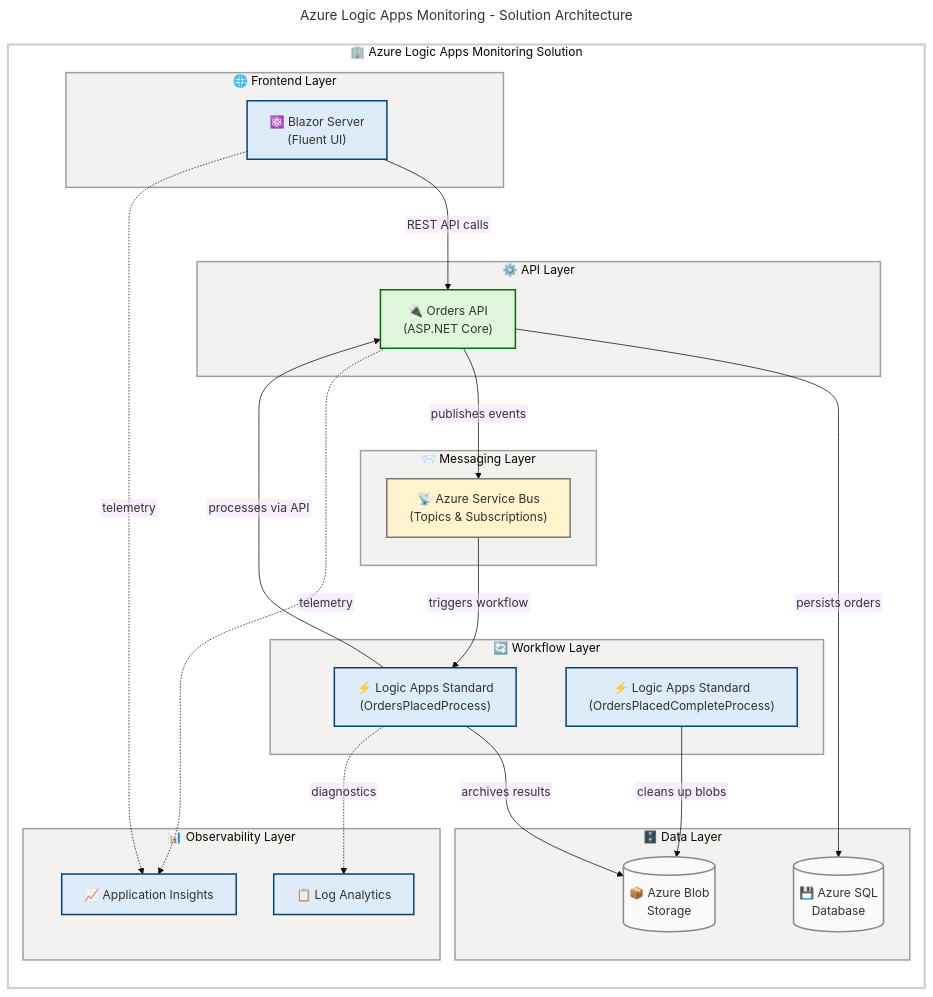
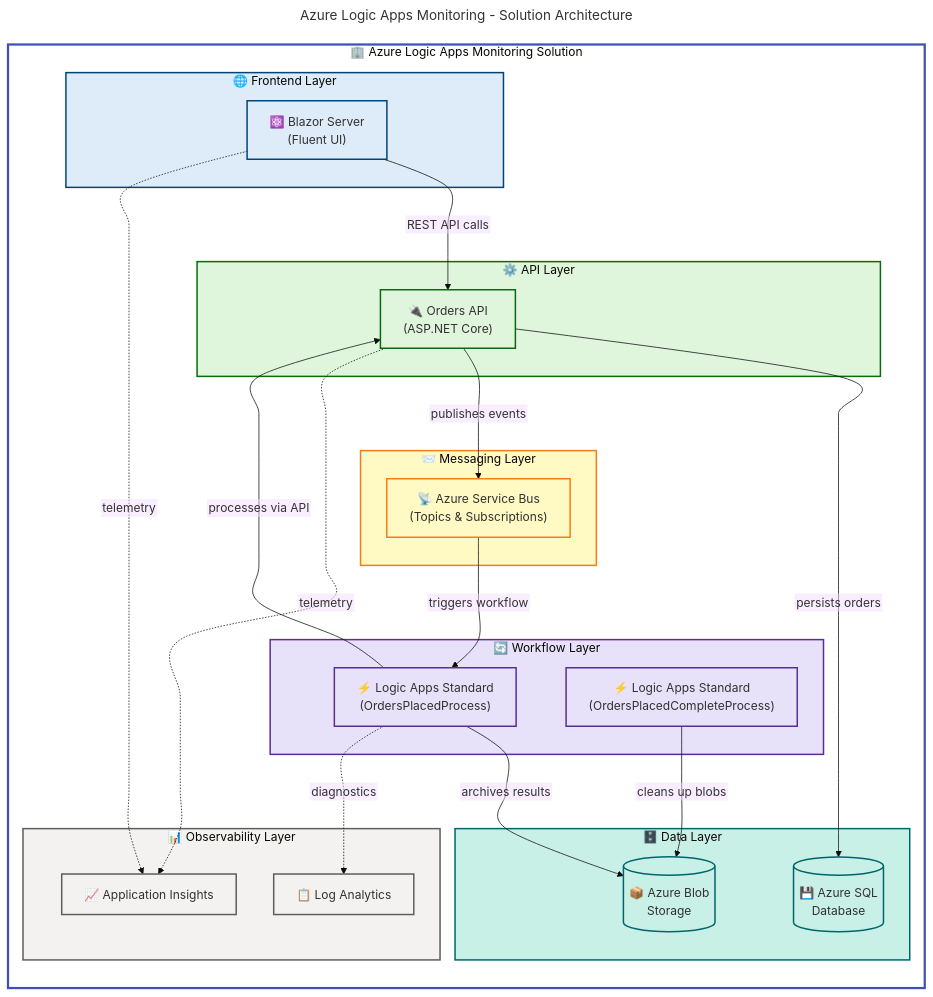
One commit to Evilazaro/Azure-LogicApps-Monitoring changed the diagram in README.md. Above: the diagram before and after it, drawn with Mermaid.

Commit message:
docs: enhance architecture diagram with improved semantic color coding and accessibility features

````diff
--- a/README.md
+++ b/README.md
@@ -47,44 +47,70 @@
     fontSize: '16px'
   flowchart:
     htmlLabels: false
+    curve: cardinal
 ---
 flowchart TB
     accTitle: Azure Logic Apps Monitoring Solution Architecture
-    accDescr: Event-driven architecture showing Blazor frontend, Orders API, Service Bus messaging, Logic Apps workflows, and Azure data services
+    accDescr: Event-driven architecture showing Blazor frontend, Orders API, Service Bus messaging, Logic Apps workflows, and Azure data services with full observability
 
-    classDef azure fill:#DEECF9,stroke:#004578,stroke-width:2px,color:#323130
-    classDef success fill:#DFF6DD,stroke:#0B6A0B,stroke-width:2px,color:#323130
-    classDef neutral fill:#FAFAFA,stroke:#8A8886,stroke-width:2px,color:#323130
-    classDef warning fill:#FFF4CE,stroke:#797673,stroke-width:2px,color:#323130
+    %% ═══════════════════════════════════════════════════════════════════════════
+    %% AZURE / FLUENT ARCHITECTURE PATTERN v1.1
+    %% (Semantic + Structural + Font + Accessibility Governance)
+    %% ═══════════════════════════════════════════════════════════════════════════
+    %% PHASE 1 - STRUCTURAL: TB direction explicit, 2-level nesting, 7 subgraphs, 9 nodes
+    %% PHASE 2 - SEMANTIC: 5 semantic colors + 1 neutral (within 5+1 limit)
+    %%   azureBlue: Frontend (web) | azureGreen: API (processing)
+    %%   azureYellow: Messaging | azurePurple: Workflows/automation
+    %%   azureTeal: Data storage | neutralGrey: Observability/monitoring
+    %% PHASE 3 - FONT: Dark text #323130 on all light backgrounds (WCAG AA 4.5:1)
+    %% PHASE 4 - ACCESSIBILITY: accTitle/accDescr present, icons on all 9 content nodes
+    %% PHASE 5 - STANDARD: v1.1 format, 14 classDefs (complete palette), 7 style directives
+    %% ═══════════════════════════════════════════════════════════════════════════
+
+    %% Required classDef palette (ALL 14 - MANDATORY)
+    classDef level1Group fill:#FFFFFF,stroke:#3F51B5,stroke-width:3px,color:#323130
+    classDef level2Group fill:#C5CAE9,stroke:#3F51B5,stroke-width:2px,color:#323130
+    classDef level3Group fill:#9FA8DA,stroke:#3F51B5,stroke-width:2px,color:#323130
+    classDef level4Group fill:#7986CB,stroke:#3F51B5,stroke-width:1px,color:#323130
+    classDef mainGroup fill:#FFFFFF,stroke:#3F51B5,stroke-width:3px,color:#323130
+    classDef subGroup fill:#C5CAE9,stroke:#3F51B5,stroke-width:2px,color:#323130
+    classDef azureBlue fill:#DEECF9,stroke:#004578,stroke-width:2px,color:#323130
+    classDef azureGreen fill:#DFF6DD,stroke:#0B6A0B,stroke-width:2px,color:#323130
+    classDef azureRed fill:#FFCDD2,stroke:#D32F2F,stroke-width:2px,color:#323130
+    classDef azureYellow fill:#FFF9C4,stroke:#F57F17,stroke-width:2px,color:#323130
+    classDef azureOrange fill:#FDE7E9,stroke:#A4262C,stroke-width:2px,color:#323130
+    classDef azurePurple fill:#E7E2FA,stroke:#5B2F91,stroke-width:2px,color:#323130
+    classDef azureTeal fill:#C8F0E7,stroke:#00666B,stroke-width:2px,color:#323130
+    classDef neutralGrey fill:#F3F2F1,stroke:#605E5C,stroke-width:2px,color:#323130
 
     subgraph system["🏢 Azure Logic Apps Monitoring Solution"]
         direction TB
 
         subgraph frontend["🌐 Frontend Layer"]
-            webapp["⚛️ Blazor Server<br/>(Fluent UI)"]:::azure
+            webapp["⚛️ Blazor Server<br/>(Fluent UI)"]:::azureBlue
         end
 
         subgraph api["⚙️ API Layer"]
-            ordersapi["🔌 Orders API<br/>(ASP.NET Core)"]:::success
+            ordersapi["🔌 Orders API<br/>(ASP.NET Core)"]:::azureGreen
         end
 
         subgraph messaging["📨 Messaging Layer"]
-            servicebus["📡 Azure Service Bus<br/>(Topics & Subscriptions)"]:::warning
+            servicebus["📡 Azure Service Bus<br/>(Topics & Subscriptions)"]:::azureYellow
         end
 
         subgraph workflows["🔄 Workflow Layer"]
-            logicapp["⚡ Logic Apps Standard<br/>(OrdersPlacedProcess)"]:::azure
-            logicapp2["⚡ Logic Apps Standard<br/>(OrdersPlacedCompleteProcess)"]:::azure
+            logicapp["⚡ Logic Apps Standard<br/>(OrdersPlacedProcess)"]:::azurePurple
+            logicapp2["⚡ Logic Apps Standard<br/>(OrdersPlacedCompleteProcess)"]:::azurePurple
         end
 
         subgraph data["🗄️ Data Layer"]
-            sqldb[("💾 Azure SQL<br/>Database")]:::neutral
-            blob[("📦 Azure Blob<br/>Storage")]:::neutral
+            sqldb[("💾 Azure SQL<br/>Database")]:::azureTeal
+            blob[("📦 Azure Blob<br/>Storage")]:::azureTeal
         end
 
         subgraph observability["📊 Observability Layer"]
-            appinsights["📈 Application Insights"]:::azure
-            loganalytics["📋 Log Analytics"]:::azure
+            appinsights["📈 Application Insights"]:::neutralGrey
+            loganalytics["📋 Log Analytics"]:::neutralGrey
         end
 
         webapp -->|"REST API calls"| ordersapi
@@ -99,11 +125,12 @@
         logicapp -.->|"diagnostics"| loganalytics
     end
 
-    style system fill:#FFFFFF,stroke:#D2D0CE,stroke-width:3px
-    style frontend fill:#F3F2F1,stroke:#A19F9D,stroke-width:2px
-    style api fill:#F3F2F1,stroke:#A19F9D,stroke-width:2px
-    style messaging fill:#F3F2F1,stroke:#A19F9D,stroke-width:2px
-    style workflows fill:#F3F2F1,stroke:#A19F9D,stroke-width:2px
-    style data fill:#F3F2F1,stroke:#A19F9D,stroke-width:2px
-    style observability fill:#F3F2F1,stroke:#A19F9D,stroke-width:2px
+    %% Subgraph styling (7 subgraphs = 7 style directives)
+    style system fill:#FFFFFF,stroke:#3F51B5,stroke-width:3px
+    style frontend fill:#DEECF9,stroke:#004578,stroke-width:2px
+    style api fill:#DFF6DD,stroke:#0B6A0B,stroke-width:2px
+    style messaging fill:#FFF9C4,stroke:#F57F17,stroke-width:2px
+    style workflows fill:#E7E2FA,stroke:#5B2F91,stroke-width:2px
+    style data fill:#C8F0E7,stroke:#00666B,stroke-width:2px
+    style observability fill:#F3F2F1,stroke:#605E5C,stroke-width:2px
 ```
````
